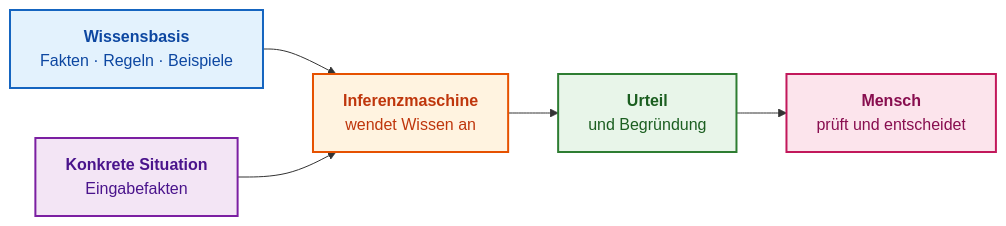
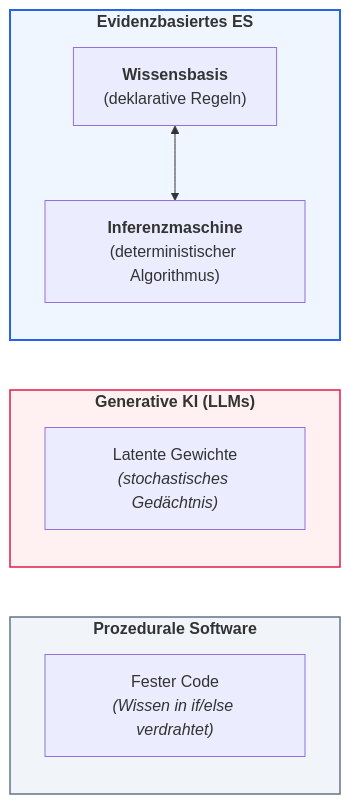
The second of 4 diagrams in ExpertSystem/translations/de/ch01-introduction-to-expert-systems.md (nick-fedchik/articles), drawn with Mermaid before and after one commit. The commit also changed other lines of this file and 2 other files, not shown here.

Commit message:
feat(ch01): restructure introductory chapter, add classical founders dialogue, colorize anatomy diagram, and format header (UA/EN/DE)

````diff
--- a/ExpertSystem/translations/de/ch01-introduction-to-expert-systems.md
+++ b/ExpertSystem/translations/de/ch01-introduction-to-expert-systems.md
@@ -107,22 +106,26 @@
 ```mermaid
 flowchart LR
-    accTitle: Elementarer Aufbau eines Expertensystems
-    accDescr: Die Wissensbasis übergibt Regeln an die Inferenzmaschine; diese erhält zudem Fakten der konkreten Situation und erzeugt ein begründetes Urteil für den Menschen.
+    subgraph PROC["<b>Prozedurale Software</b>"]
+        direction TB
+        P_CODE["Fester Code<br/><i>(Wissen in if/else verdrahtet)</i>"]
+    end
 
-    K["<b>Wissensbasis</b><br/>Fakten · Regeln · Beispiele"] --> I["<b>Inferenzmaschine</b><br/>wendet Wissen an"]
-    C["<b>Konkrete Situation</b><br/>Eingabefakten"] --> I
-    I --> R["<b>Urteil</b><br/>und Begründung"]
-    R --> H["<b>Mensch</b><br/>prüft und entscheidet"]
+    subgraph LLM_BOX["<b>Generative KI (LLMs)</b>"]
+        direction TB
+        L_WEIGHTS["Latente Gewichte<br/><i>(stochastisches Gedächtnis)</i>"]
+    end
 
-    classDef kb fill:#e3f2fd,stroke:#1565c0,stroke-width:2px,color:#0d47a1;
-    classDef engine fill:#fff3e0,stroke:#e65100,stroke-width:2px,color:#bf360c;
-    classDef ctx fill:#f3e5f5,stroke:#7b1fa2,stroke-width:2px,color:#4a148c;
-    classDef res fill:#e8f5e9,stroke:#2e7d32,stroke-width:2px,color:#1b5e20;
-    classDef hum fill:#fce4ec,stroke:#c2185b,stroke-width:2px,color:#880e4f;
+    subgraph ES_BOX["<b>Evidenzbasiertes ES</b>"]
+        direction TB
+        ES_KB["<b>Wissensbasis</b><br/>(deklarative Regeln)"]
+        ES_ENG["<b>Inferenzmaschine</b><br/>(deterministischer Algorithmus)"]
+        ES_KB <--> ES_ENG
+    end
 
-    class K kb;
-    class I engine;
-    class C ctx;
-    class R res;
-    class H hum;
+    classDef c1 fill:#f1f5f9,stroke:#64748b,stroke-width:1.5px;
+    classDef c2 fill:#fff1f2,stroke:#e11d48,stroke-width:1.5px;
+    classDef c3 fill:#eff6ff,stroke:#2563eb,stroke-width:2px;
+    class PROC c1;
+    class LLM_BOX c2;
+    class ES_BOX c3;
 ```
````
